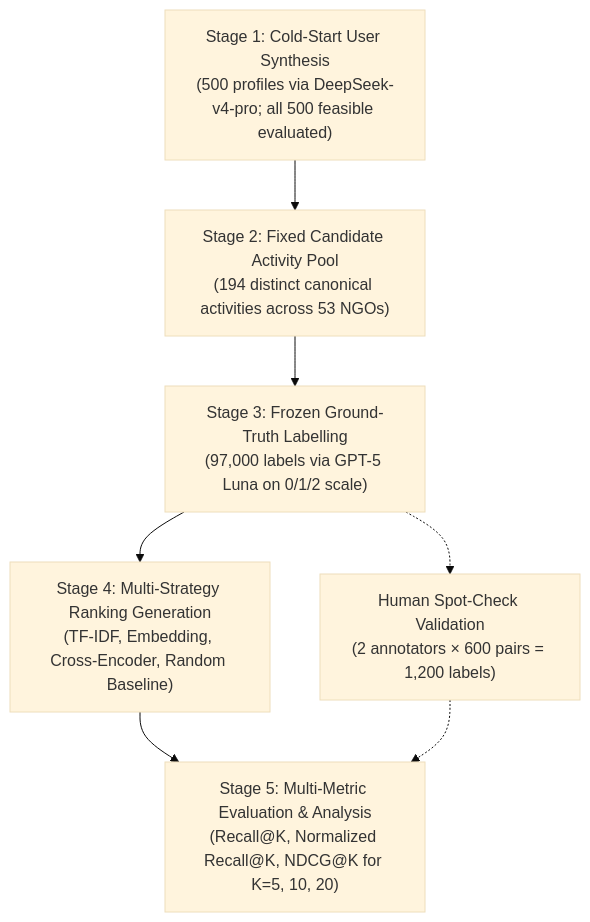
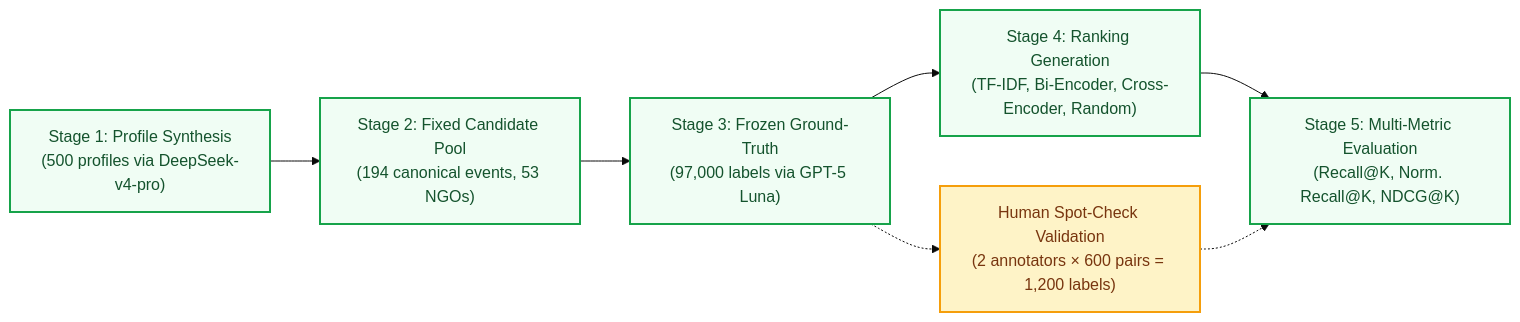
The third of 4 diagrams in CSIT5210_Group1_Final_Report.md (Bob8259/CSIT-5210-Group-Project), drawn with Mermaid (base theme) before and after one commit. The commit also changed 3 other files, not shown here.

Commit message:
style: convert Figure 4 to compact horizontal layout and update report

````diff
--- a/CSIT5210_Group1_Final_Report.md
+++ b/CSIT5210_Group1_Final_Report.md
@@ -291,9 +291,15 @@
 ```mermaid
-flowchart TD
-    S1["Stage 1: Cold-Start User Synthesis<br/>(500 profiles via DeepSeek-v4-pro; all 500 feasible evaluated)"] --> S2["Stage 2: Fixed Candidate Activity Pool<br/>(194 distinct canonical activities across 53 NGOs)"]
-    S2 --> S3["Stage 3: Frozen Ground-Truth Labelling<br/>(97,000 labels via GPT-5 Luna on 0/1/2 scale)"]
-    S3 --> S4["Stage 4: Multi-Strategy Ranking Generation<br/>(TF-IDF, Embedding, Cross-Encoder, Random Baseline)"]
-    S4 --> S5["Stage 5: Multi-Metric Evaluation & Analysis<br/>(Recall@K, Normalized Recall@K, NDCG@K for K=5, 10, 20)"]
+flowchart LR
+    S1["Stage 1: Profile Synthesis<br/>(500 profiles via DeepSeek-v4-pro)"] --> S2["Stage 2: Fixed Candidate Pool<br/>(194 canonical events, 53 NGOs)"]
+    S2 --> S3["Stage 3: Frozen Ground-Truth<br/>(97,000 labels via GPT-5 Luna)"]
+    S3 --> S4["Stage 4: Ranking Generation<br/>(TF-IDF, Bi-Encoder, Cross-Encoder, Random)"]
+    S4 --> S5["Stage 5: Multi-Metric Evaluation<br/>(Recall@K, Norm. Recall@K, NDCG@K)"]
+    
     S3 -.-> HC["Human Spot-Check Validation<br/>(2 annotators × 600 pairs = 1,200 labels)"]
     HC -.-> S5
+
+    classDef stage fill:#F0FDF4,stroke:#16A34A,stroke-width:2px,color:#14532D;
+    classDef check fill:#FEF3C7,stroke:#F59E0B,stroke-width:2px,color:#78350F;
+    class S1,S2,S3,S4,S5 stage;
+    class HC check;
 ```
````
